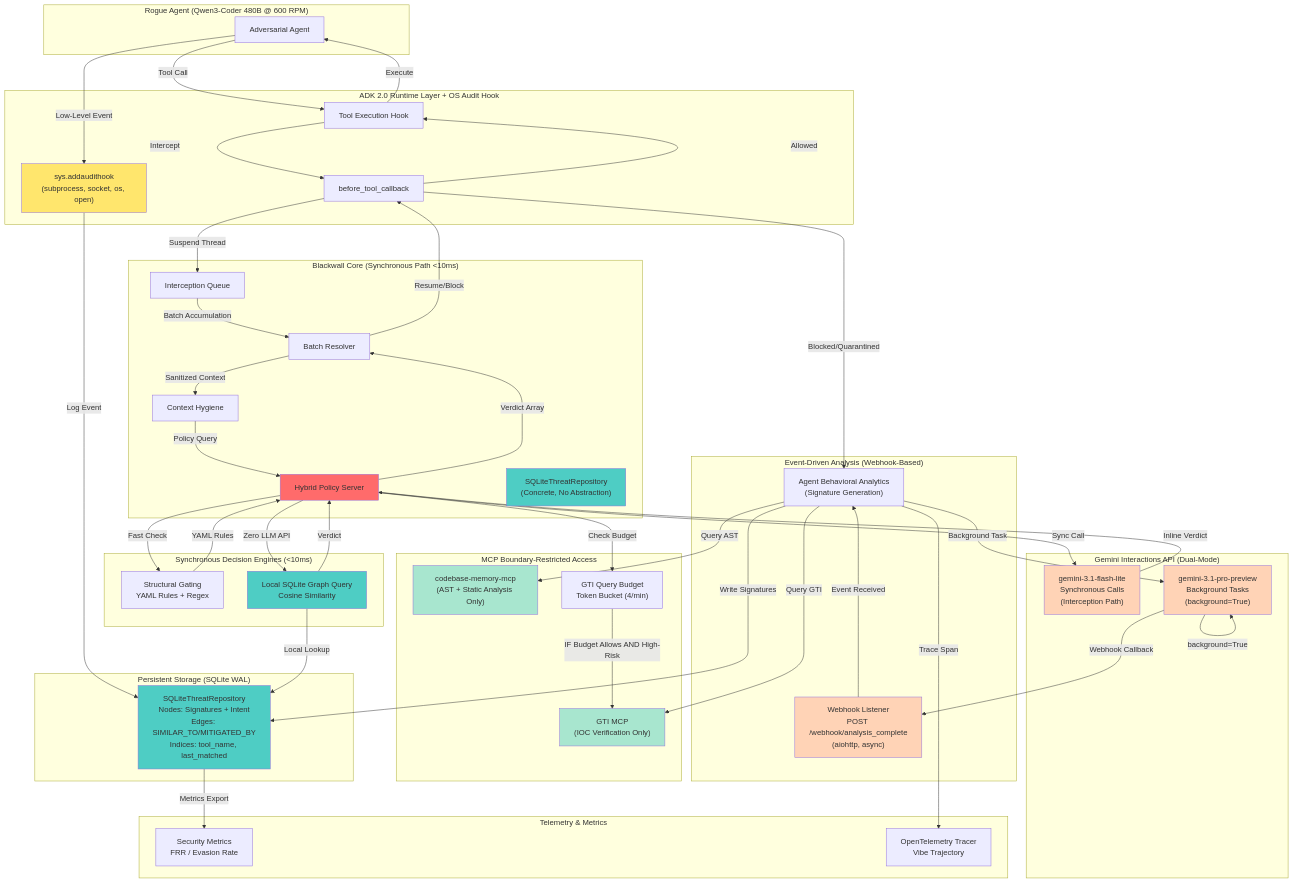
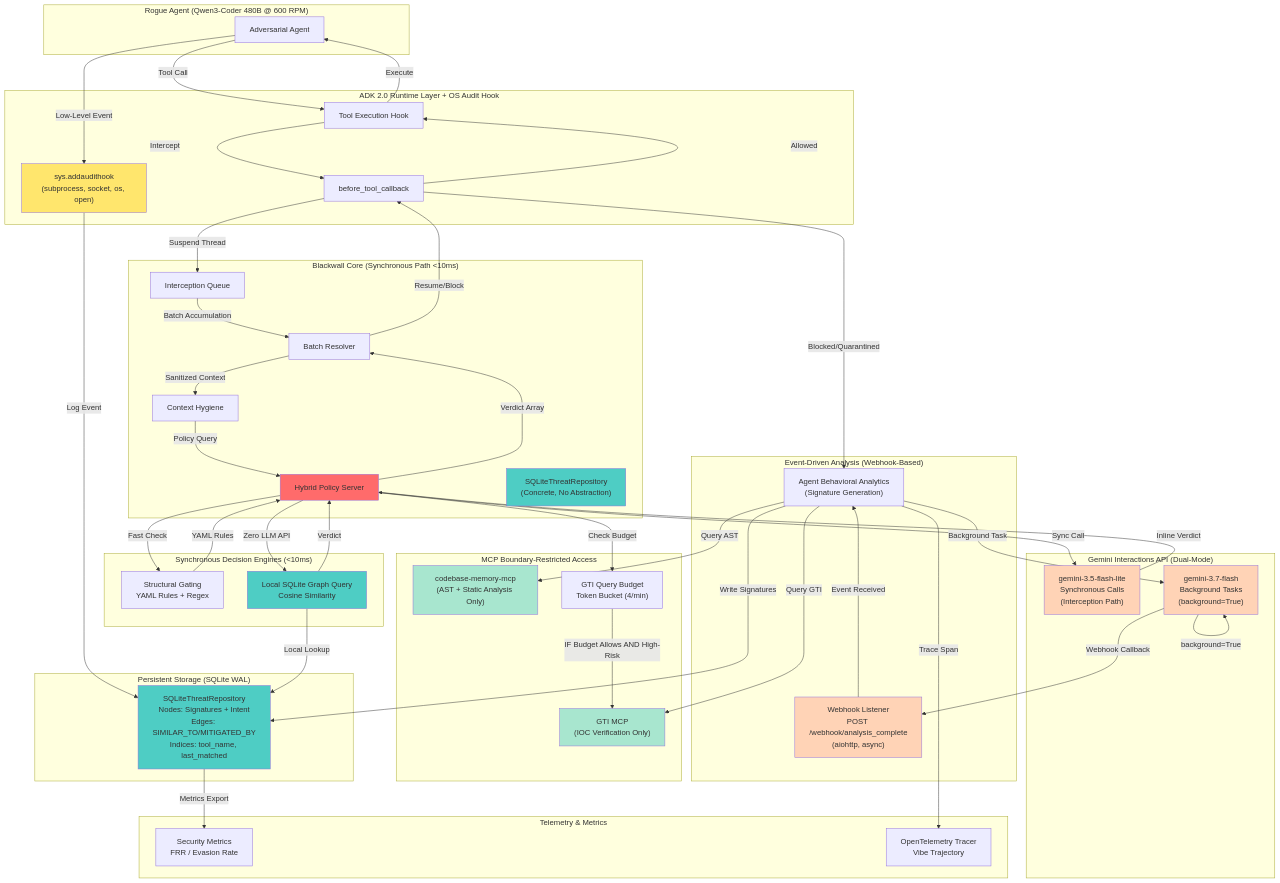
One commit to JAaron93/Blackwall changed the first of 2 diagrams in .kiro/specs/blackwall-agentic-firewall/design.md. Above: the diagram before and after it, drawn with Mermaid. The commit also changed other lines of this file and 19 other files, not shown here.

Commit message:
feat(models): standardize on gemini-3.5-flash-lite (main) and gemini-3.7-flash (deep reasoner)

```diff
--- a/.kiro/specs/blackwall-agentic-firewall/design.md
+++ b/.kiro/specs/blackwall-agentic-firewall/design.md
@@ -70,8 +70,8 @@
     end
 
     subgraph "Gemini Interactions API (Dual-Mode)"
-        GEMINI_SYNC["gemini-3.1-flash-lite<br/>Synchronous Calls<br/>(Interception Path)"]
-        GEMINI_BG["gemini-3.1-pro-preview<br/>Background Tasks<br/>(background=True)"]
+        GEMINI_SYNC["gemini-3.5-flash-lite<br/>Synchronous Calls<br/>(Interception Path)"]
+        GEMINI_BG["gemini-3.7-flash<br/>Background Tasks<br/>(background=True)"]
     end
 
     subgraph "Persistent Storage (SQLite WAL)"
```
